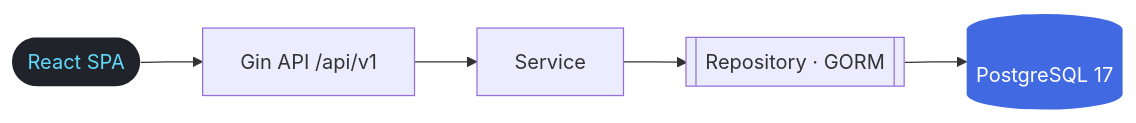
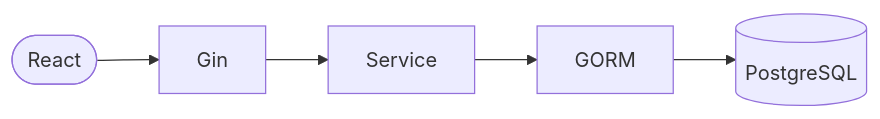
The third of 5 diagrams in README.md (yesterdaygrace/yesterdaygrace), drawn with Mermaid before and after one commit. The commit also changed other lines of this file, not shown here.

````diff
--- a/README.md
+++ b/README.md
@@ -200,9 +118,4 @@
 ```mermaid
 flowchart LR
-    A([React SPA]) --> B[Gin API /api/v1]
-    B --> C[Service]
-    C --> D[[Repository · GORM]]
-    D --> E[(PostgreSQL 17)]
-    style A fill:#20232A,color:#61DAFB,stroke:none
-    style E fill:#4169E1,color:#fff,stroke:none
+    A([React]) --> B[Gin] --> C[Service] --> D[GORM] --> E[(PostgreSQL)]
 ```
````
